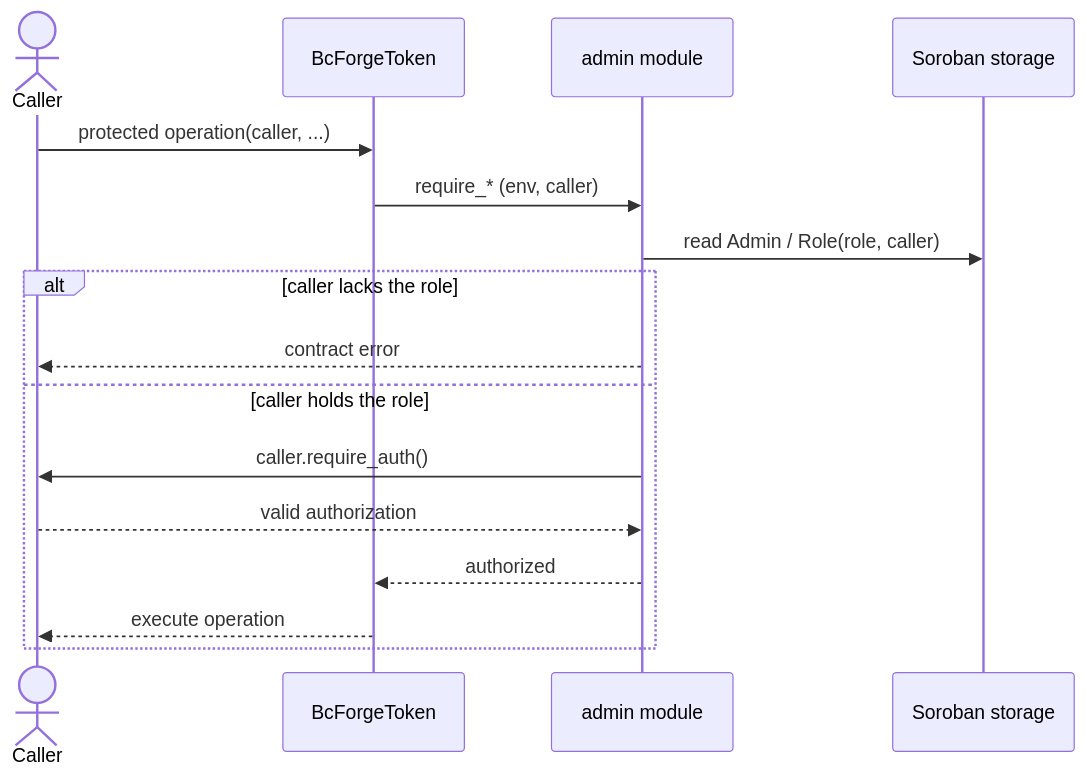
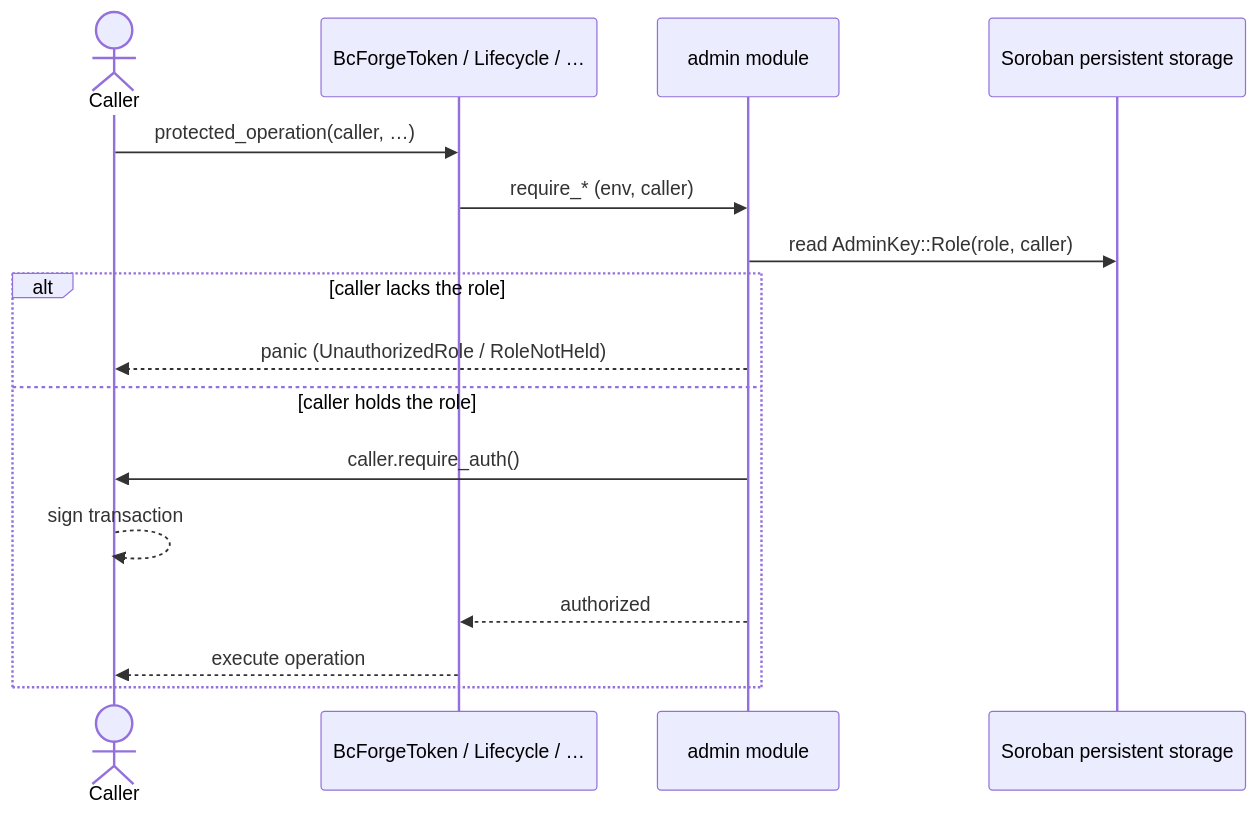
Before and after one commit to BCPathway/bc-forge: the third of 4 diagrams in docs/ACCESS_CONTROL.md, drawn with Mermaid. The commit also changed other lines of this file and 66 other files, not shown here.

````diff
--- a/docs/ACCESS_CONTROL.md
+++ b/docs/ACCESS_CONTROL.md
@@ -28,19 +78,19 @@
 ```mermaid
 sequenceDiagram
     actor Caller
-    participant Token as BcForgeToken
+    participant Contract as BcForgeToken / Lifecycle / …
     participant Admin as admin module
-    participant Storage as Soroban storage
+    participant Storage as Soroban persistent storage
 
-    Caller->>Token: protected operation(caller, ...)
-    Token->>Admin: require_* (env, caller)
-    Admin->>Storage: read Admin / Role(role, caller)
+    Caller->>Contract: protected_operation(caller, …)
+    Contract->>Admin: require_* (env, caller)
+    Admin->>Storage: read AdminKey::Role(role, caller)
     alt caller lacks the role
-        Admin-->>Caller: contract error
+        Admin-->>Caller: panic (UnauthorizedRole / RoleNotHeld)
     else caller holds the role
         Admin->>Caller: caller.require_auth()
-        Caller-->>Admin: valid authorization
-        Admin-->>Token: authorized
-        Token-->>Caller: execute operation
+        Caller-->>Caller: sign transaction
+        Admin-->>Contract: authorized
+        Contract-->>Caller: execute operation
     end
 ```
````
